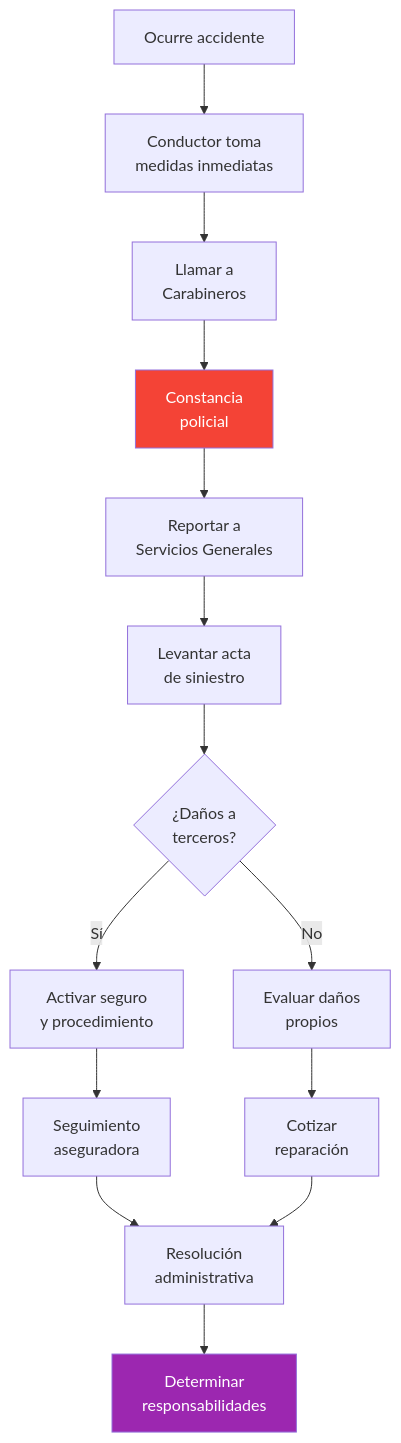
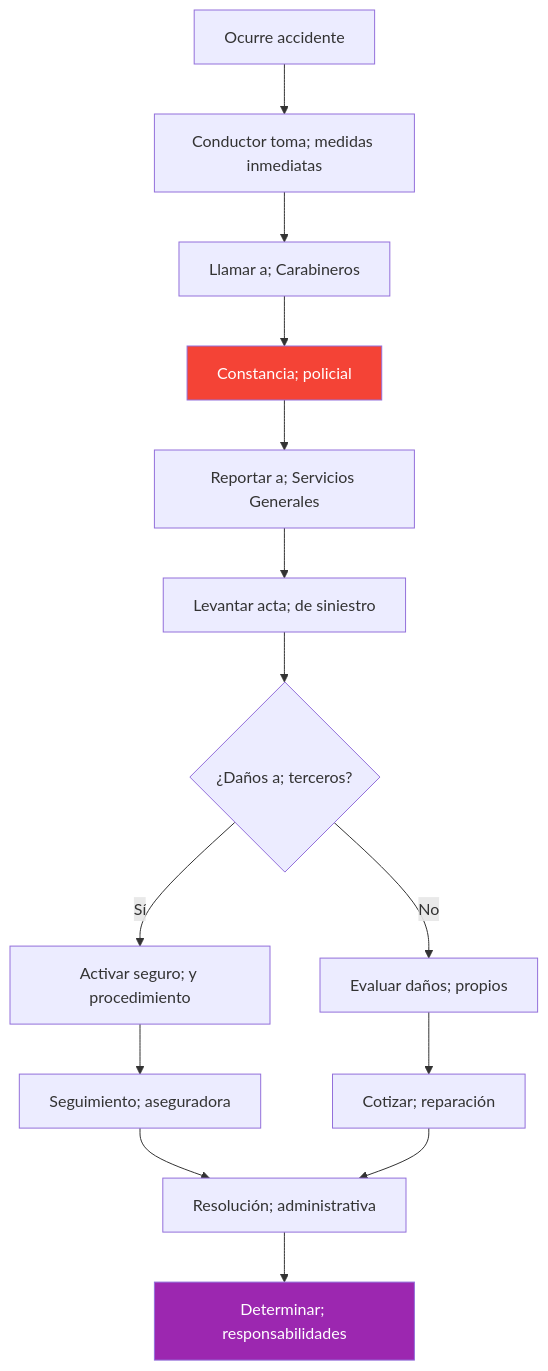
The seventh of 7 diagrams in drafts/gn/bpmn/bpmn-d06-flota-vehicular.md (felix-antonio-sl/kora), drawn with Mermaid before and after one commit. The commit also changed other lines of this file and 265 other files, not shown here.

````diff
--- a/drafts/gn/bpmn/bpmn-d06-flota-vehicular.md
+++ b/drafts/gn/bpmn/bpmn-d06-flota-vehicular.md
@@ -179,17 +199,18 @@
 ```mermaid
 flowchart TD
-    A["Ocurre accidente"] --> B["Conductor toma<br/>medidas inmediatas"]
-    B --> C["Llamar a<br/>Carabineros"]
-    C --> D["Constancia<br/>policial"]
-    D --> E["Reportar a<br/>Servicios Generales"]
-    E --> F["Levantar acta<br/>de siniestro"]
-    F --> G{"¿Daños a<br/>terceros?"}
-    G -->|"Sí"| H["Activar seguro<br/>y procedimiento"]
-    G -->|"No"| I["Evaluar daños<br/>propios"]
-    H --> J["Seguimiento<br/>aseguradora"]
-    I --> K["Cotizar<br/>reparación"]
-    J & K --> L["Resolución<br/>administrativa"]
-    L --> M["Determinar<br/>responsabilidades"]
-    style D fill:#f44336,color:#fff
-    style M fill:#9C27B0,color:#fff
+ A["Ocurre accidente"] --> B["Conductor toma; medidas inmediatas"]
+ B --> C["Llamar a; Carabineros"]
+ C --> D["Constancia; policial"]
+ D --> E["Reportar a; Servicios Generales"]
+ E --> F["Levantar acta; de siniestro"]
+ F --> G{"¿Daños a; terceros?"}
+ G -->|"Sí"| H["Activar seguro; y procedimiento"]
+ G -->|"No"| I["Evaluar daños; propios"]
+ H --> J["Seguimiento; aseguradora"]
+ I --> K["Cotizar; reparación"]
+ J & K --> L["Resolución; administrativa"]
+ L --> M["Determinar; responsabilidades"]
+
+ style D fill:#f44336,color:#fff
+ style M fill:#9C27B0,color:#fff
 ```
````
